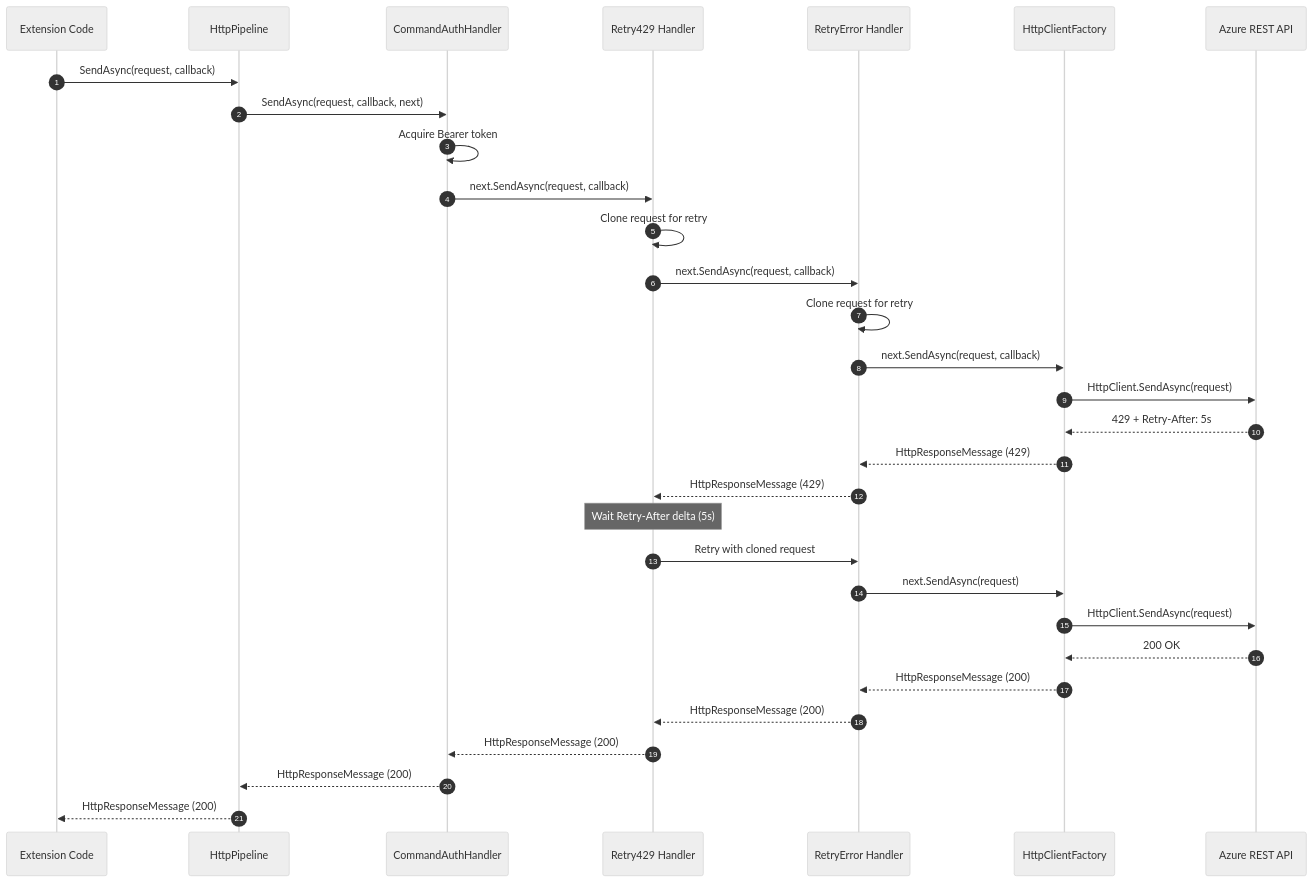
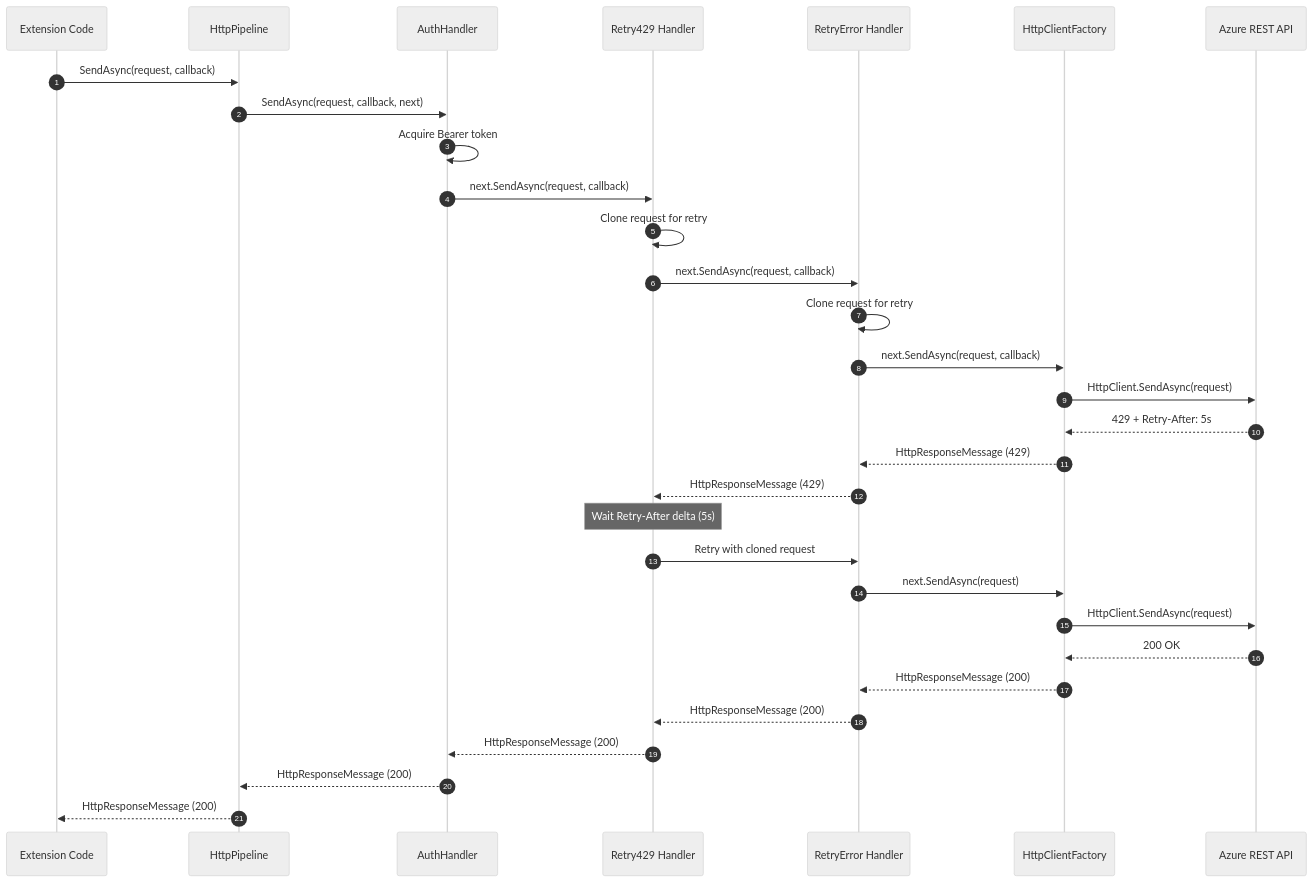
Before and after one commit to Azure/azclips: the second of 2 diagrams in wiki/02-deep-dive/http-pipeline.md, drawn with Mermaid (neutral theme). The commit also changed other lines of this file and 35 other files, not shown here.

````diff
--- a/wiki/02-deep-dive/http-pipeline.md
+++ b/wiki/02-deep-dive/http-pipeline.md
@@ -207,34 +207,34 @@
 ```mermaid
 sequenceDiagram
     autonumber
     participant Caller as Extension Code
     participant Pipeline as HttpPipeline
-    participant Auth as CommandAuthHandler
+    participant Auth as AuthHandler
     participant Retry429 as Retry429 Handler
     participant RetryErr as RetryError Handler
     participant Terminal as HttpClientFactory
     participant Azure as Azure REST API
 
     Caller->>Pipeline: SendAsync(request, callback)
     Pipeline->>Auth: SendAsync(request, callback, next)
     Auth->>Auth: Acquire Bearer token
     Auth->>Retry429: next.SendAsync(request, callback)
     Retry429->>Retry429: Clone request for retry
     Retry429->>RetryErr: next.SendAsync(request, callback)
     RetryErr->>RetryErr: Clone request for retry
     RetryErr->>Terminal: next.SendAsync(request, callback)
     Terminal->>Azure: HttpClient.SendAsync(request)
     Azure-->>Terminal: 429 + Retry-After: 5s
     Terminal-->>RetryErr: HttpResponseMessage (429)
     RetryErr-->>Retry429: HttpResponseMessage (429)
     Note over Retry429: Wait Retry-After delta (5s)
     Retry429->>RetryErr: Retry with cloned request
     RetryErr->>Terminal: next.SendAsync(request)
     Terminal->>Azure: HttpClient.SendAsync(request)
     Azure-->>Terminal: 200 OK
     Terminal-->>RetryErr: HttpResponseMessage (200)
     RetryErr-->>Retry429: HttpResponseMessage (200)
     Retry429-->>Auth: HttpResponseMessage (200)
     Auth-->>Pipeline: HttpResponseMessage (200)
     Pipeline-->>Caller: HttpResponseMessage (200)
 ```
````
